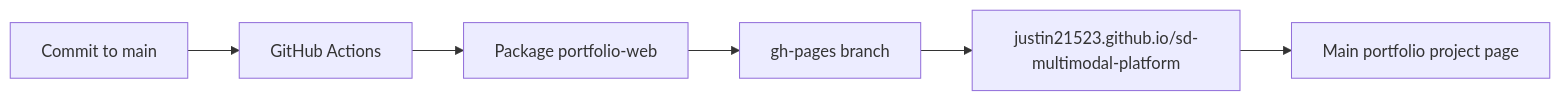
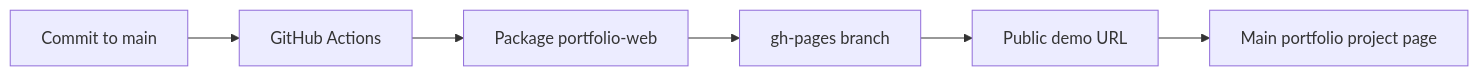
The tenth of 10 diagrams in README.md (Justin21523/sd-multimodal-platform), drawn with Mermaid before and after one commit. The commit also changed other lines of this file, not shown here.

Commit message:
docs(readme): fix mermaid diagrams for GitHub

````diff
--- a/README.md
+++ b/README.md
@@ -275,8 +377,8 @@
 ```mermaid
 flowchart LR
-    Commit[Commit to main] --> Action[GitHub Actions]
-    Action --> Build[Package portfolio-web]
-    Build --> Pages[gh-pages branch]
-    Pages --> Public[justin21523.github.io/sd-multimodal-platform]
-    Public --> Portfolio[Main portfolio project page]
+    Commit["Commit to main"] --> Action["GitHub Actions"]
+    Action --> Build["Package portfolio-web"]
+    Build --> Pages["gh-pages branch"]
+    Pages --> PublicDemo["Public demo URL"]
+    PublicDemo --> PortfolioPage["Main portfolio project page"]
 ```
````
